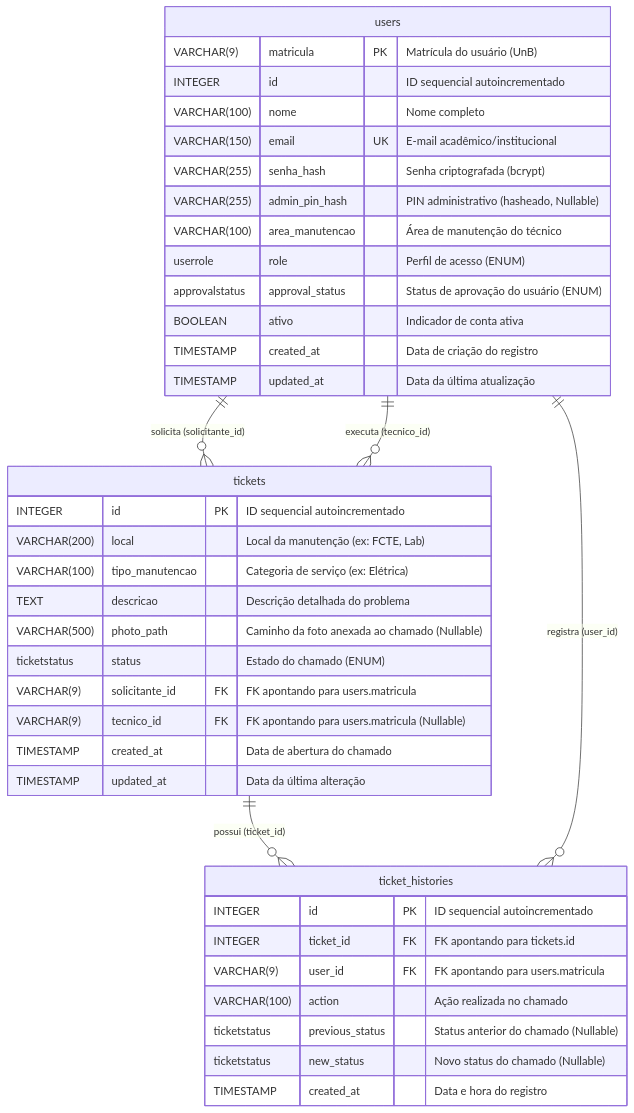
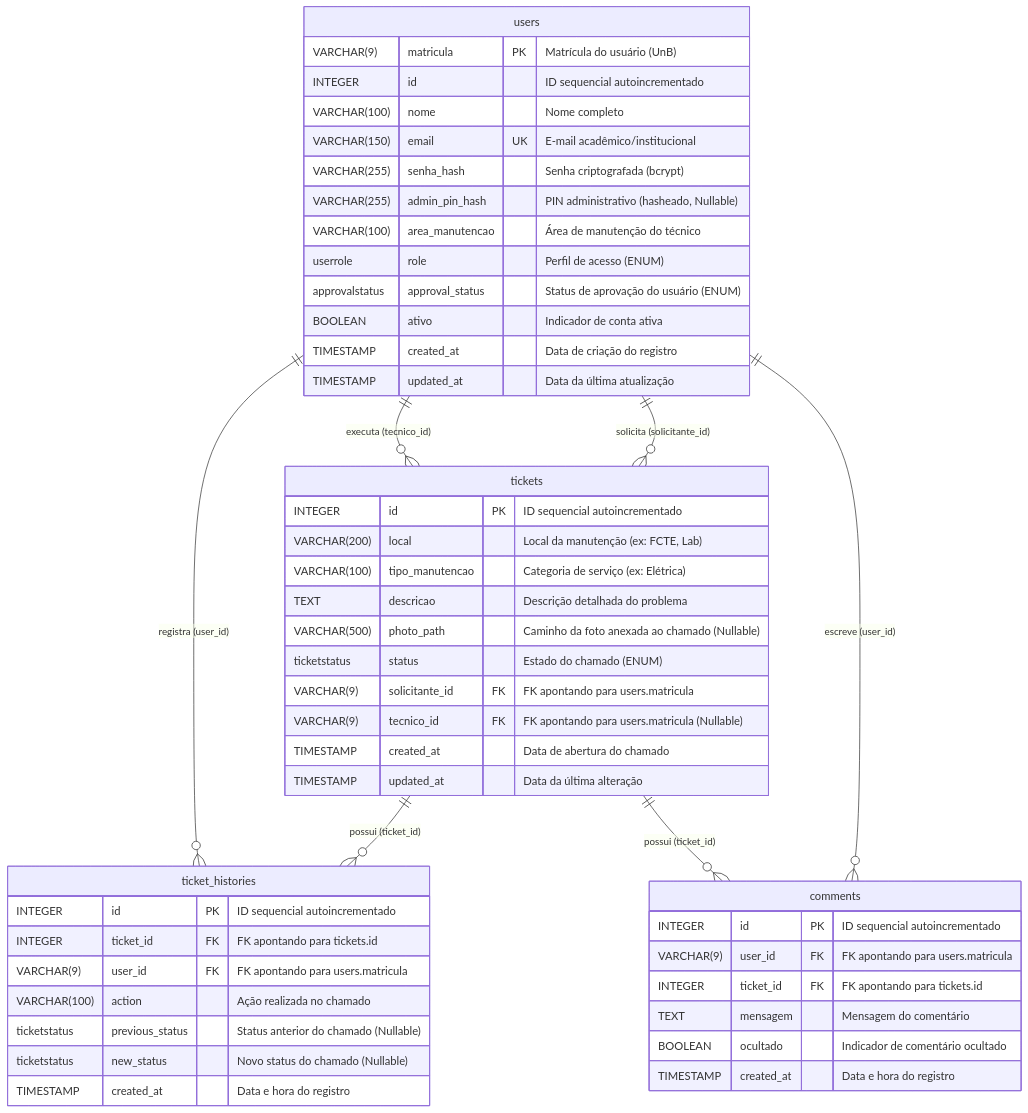
The diagram in docs/DB_VISION.md (FGA0138-MDS-Ajax/2026.1-T03-Parnas), drawn with Mermaid before and after one commit. The commit also changed other lines of this file and 1 other file, not shown here.

````diff
--- a/docs/DB_VISION.md
+++ b/docs/DB_VISION.md
@@ -11,45 +11,56 @@
 ```mermaid
 erDiagram
     users {
         VARCHAR(9) matricula PK "Matrícula do usuário (UnB)"
         INTEGER id "ID sequencial autoincrementado"
         VARCHAR(100) nome "Nome completo"
         VARCHAR(150) email UK "E-mail acadêmico/institucional"
         VARCHAR(255) senha_hash "Senha criptografada (bcrypt)"
         VARCHAR(255) admin_pin_hash "PIN administrativo (hasheado, Nullable)"
         VARCHAR(100) area_manutencao "Área de manutenção do técnico"
         userrole role "Perfil de acesso (ENUM)"
         approvalstatus approval_status "Status de aprovação do usuário (ENUM)"
         BOOLEAN ativo "Indicador de conta ativa"
         TIMESTAMP created_at "Data de criação do registro"
         TIMESTAMP updated_at "Data da última atualização"
     }
 
     tickets {
         INTEGER id PK "ID sequencial autoincrementado"
         VARCHAR(200) local "Local da manutenção (ex: FCTE, Lab)"
         VARCHAR(100) tipo_manutencao "Categoria de serviço (ex: Elétrica)"
         TEXT descricao "Descrição detalhada do problema"
         VARCHAR(500) photo_path "Caminho da foto anexada ao chamado (Nullable)"
         ticketstatus status "Estado do chamado (ENUM)"
         VARCHAR(9) solicitante_id FK "FK apontando para users.matricula"
         VARCHAR(9) tecnico_id FK "FK apontando para users.matricula (Nullable)"
         TIMESTAMP created_at "Data de abertura do chamado"
         TIMESTAMP updated_at "Data da última alteração"
     }
 
     ticket_histories {
         INTEGER id PK "ID sequencial autoincrementado"
         INTEGER ticket_id FK "FK apontando para tickets.id"
         VARCHAR(9) user_id FK "FK apontando para users.matricula"
         VARCHAR(100) action "Ação realizada no chamado"
         ticketstatus previous_status "Status anterior do chamado (Nullable)"
         ticketstatus new_status "Novo status do chamado (Nullable)"
         TIMESTAMP created_at "Data e hora do registro"
     }
 
+    comments {
+        INTEGER id PK "ID sequencial autoincrementado"
+        VARCHAR(9) user_id FK "FK apontando para users.matricula"
+        INTEGER ticket_id FK "FK apontando para tickets.id"
+        TEXT mensagem "Mensagem do comentário"
+        BOOLEAN ocultado "Indicador de comentário ocultado"
+        TIMESTAMP created_at "Data e hora do registro"
+    }
+
     users ||--o{ tickets : "solicita (solicitante_id)"
     users ||--o{ tickets : "executa (tecnico_id)"
     tickets ||--o{ ticket_histories : "possui (ticket_id)"
     users ||--o{ ticket_histories : "registra (user_id)"
+    users ||--o{ comments : "escreve (user_id)"
+    tickets ||--o{ comments : "possui (ticket_id)"
 ```
````
